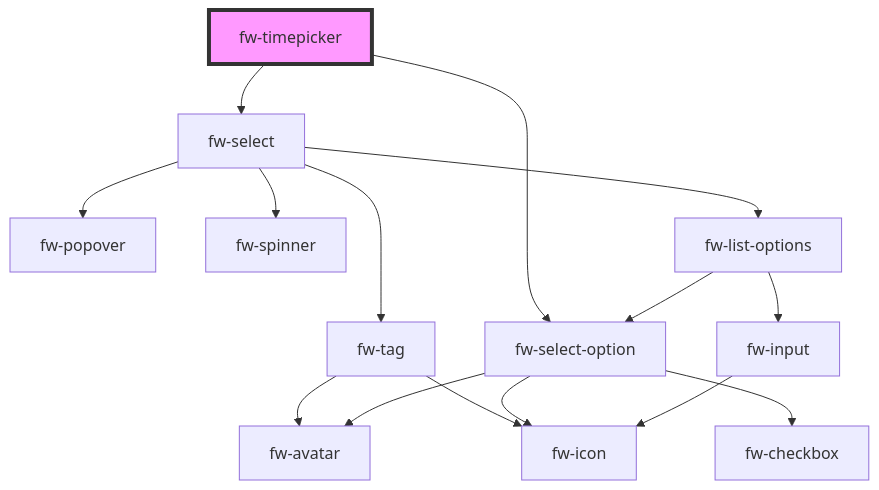
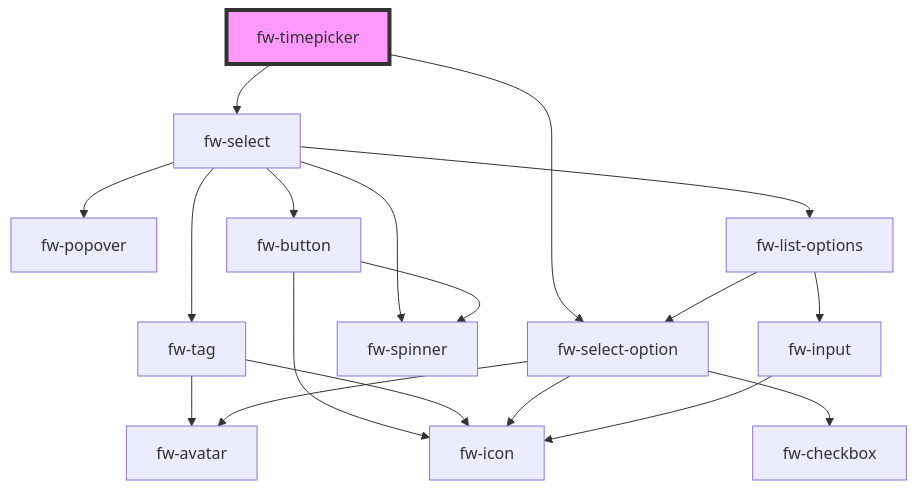
One commit to freshworks/crayons changed the diagram in packages/crayons-core/src/components/timepicker/readme.md. Above: the diagram before and after it, drawn with Mermaid. The commit also changed 11 other files, not shown here.

````diff
--- a/packages/crayons-core/src/components/timepicker/readme.md
+++ b/packages/crayons-core/src/components/timepicker/readme.md
@@ -68,18 +68,21 @@
 ```mermaid
 graph TD;
   fw-timepicker --> fw-select
   fw-timepicker --> fw-select-option
   fw-select --> fw-tag
   fw-select --> fw-popover
+  fw-select --> fw-button
   fw-select --> fw-spinner
   fw-select --> fw-list-options
   fw-tag --> fw-avatar
+  fw-button --> fw-spinner
+  fw-button --> fw-icon
   fw-tag --> fw-icon
   fw-list-options --> fw-select-option
   fw-list-options --> fw-input
   fw-select-option --> fw-icon
   fw-select-option --> fw-checkbox
   fw-select-option --> fw-avatar
   fw-input --> fw-icon
   style fw-timepicker fill:#f9f,stroke:#333,stroke-width:4px
 ```
````
